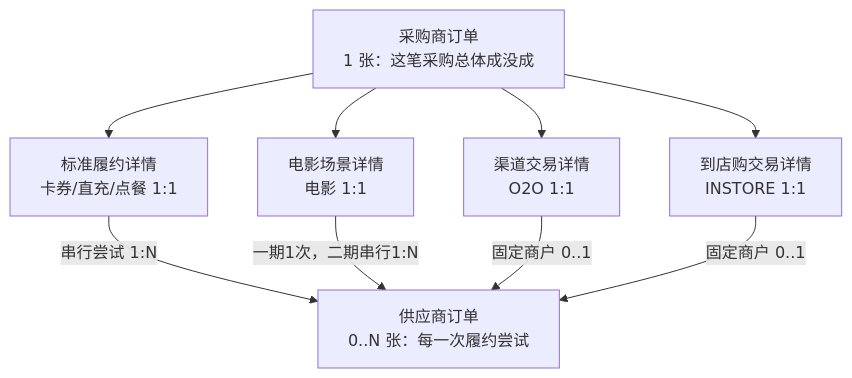
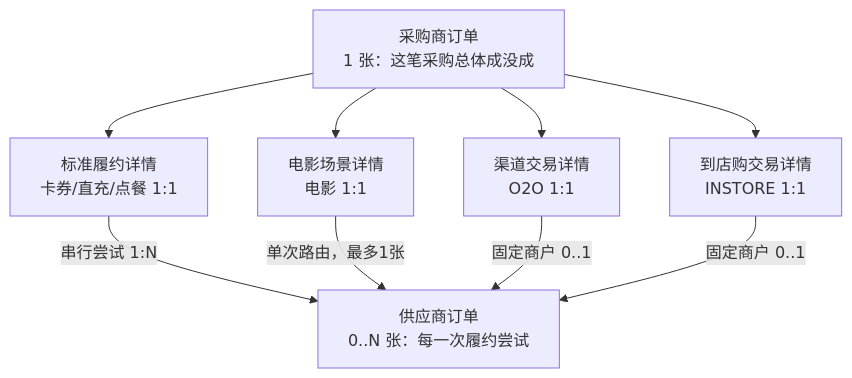
One commit to zwye1986/supply-hub changed diagram 13 of 14 in docs/供应链中台多场景概要设计.md. Above: the diagram before and after it, drawn with Mermaid. The commit also changed other lines of this file and 22 other files, not shown here.

````diff
--- a/docs/供应链中台多场景概要设计.md
+++ b/docs/供应链中台多场景概要设计.md
@@ -498,17 +453,17 @@
 ```mermaid
 flowchart TD
     BO["采购商订单<br/>1 张：这笔采购总体成没成"]
     FR["标准履约详情<br/>卡券/直充/点餐 1:1"]
     MD["电影场景详情<br/>电影 1:1"]
     OD["渠道交易详情<br/>O2O 1:1"]
     ID["到店购交易详情<br/>INSTORE 1:1"]
     SO["供应商订单<br/>0..N 张：每一次履约尝试"]
     BO --> FR
     BO --> MD
     BO --> OD
     BO --> ID
     FR -->|"串行尝试 1:N"| SO
-    MD -->|"一期1次，二期串行1:N"| SO
+    MD -->|"单次路由，最多1张"| SO
     OD -->|"固定商户 0..1"| SO
     ID -->|"固定商户 0..1"| SO
 ```
````
